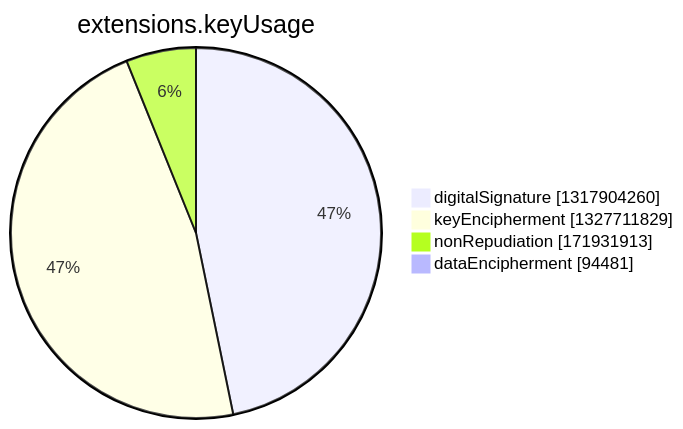
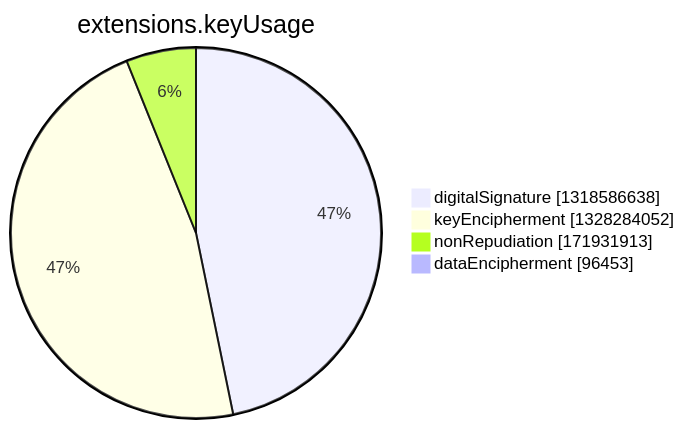
The seventh of 15 diagrams in argon2022/README.md (christiankrug/ctmonitor_visualization), drawn with Mermaid before and after one commit. The commit also changed other lines of this file, not shown here.

````diff
--- a/argon2022/README.md
+++ b/argon2022/README.md
@@ -2750,8 +2750,8 @@
 ```mermaid
 pie showData
 title extensions.keyUsage
-"digitalSignature" :1317904260
-"keyEncipherment" :1327711829
+"digitalSignature" :1318586638
+"keyEncipherment" :1328284052
 "nonRepudiation" :171931913
-"dataEncipherment" :94481
+"dataEncipherment" :96453
 ```
````
